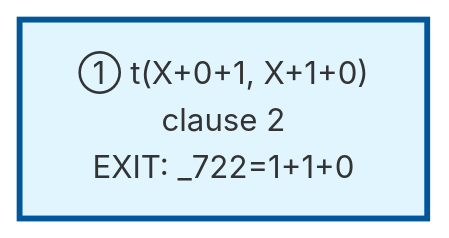
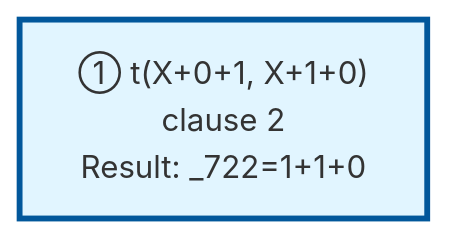
Before and after one commit to jarecsni/prolog-trace-viz: the diagram in examples/operator-output.md, drawn with Mermaid (base theme). The commit also changed 13 other files, not shown here.

````diff
--- a/examples/operator-output.md
+++ b/examples/operator-output.md
@@ -30,11 +30,11 @@
 ```mermaid
 graph TD
 
 %% Nodes
-A["① t(X+0+1, X+1+0)<br/>clause 2<br/>EXIT: _722=1+1+0"]
+A["① t(X+0+1, X+1+0)<br/>clause 2<br/>Result: _722=1+1+0"]
 
 %% Edges
 
 %% Styles
 style A fill:#e1f5ff,stroke:#01579b,stroke-width:3px
 ```
````
